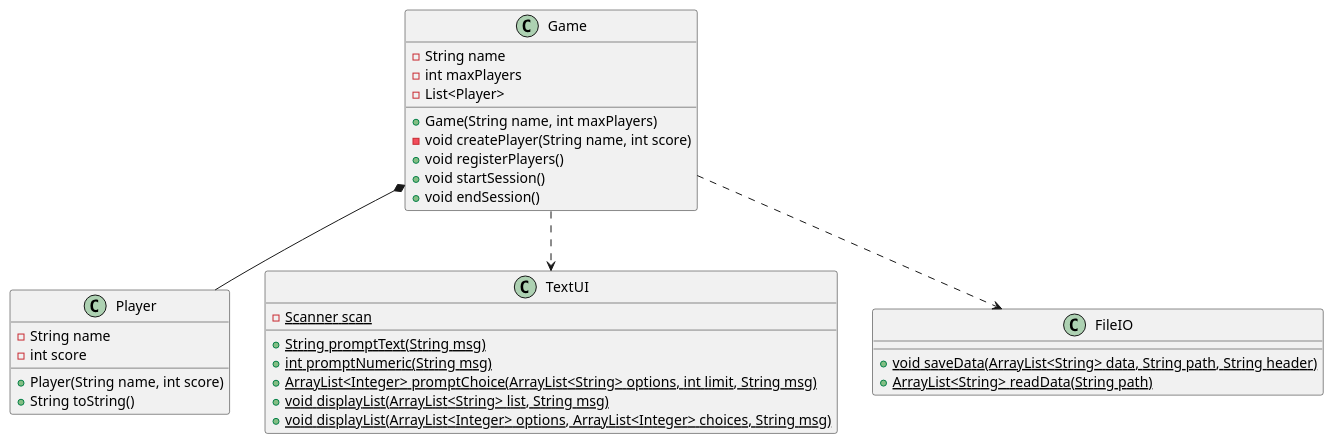
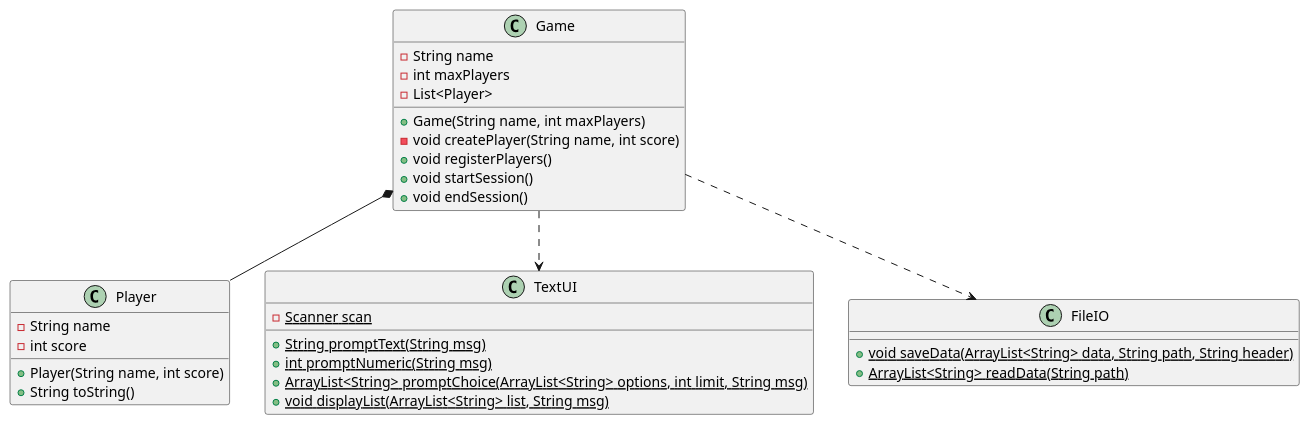
Before and after one commit to Dat1Cphbusiness/MonopolyE25Bornholm: the diagram in doc/classdiagram_v0.puml, drawn with PlantUML. The commit also changed 4 other files, not shown here.

```diff
--- a/doc/classdiagram_v0.puml
+++ b/doc/classdiagram_v0.puml
@@ -1,50 +1,50 @@
 @startuml
 'https://plantuml.com/class-diagram
 
 class Game
 class Player
 
 
 Game *-- Player
 Game ..> TextUI
 Game ..> FileIO
 
 
 
 class Game {
 - String name
 - int maxPlayers
 - List<Player>
 + Game(String name, int maxPlayers)
 - void createPlayer(String name, int score)
 + void registerPlayers()
 + void startSession()
 + void endSession()
 
 }
 class Player {
 - String name
 - int score
 + Player(String name, int score)
 + String toString()
 }
 
 class TextUI {
 - {static} Scanner scan
 ' shows a message and returns the user's input as a String
 + {static} String promptText(String msg)
 ' shows a message and returns the user's input as an integer
 + {static} int promptNumeric(String msg)
 ' shows the options, promts for choices until limit is reached, and returns the user's choices as a list
-+ {static} ArrayList<Integer> promptChoice(ArrayList<String> options, int limit, String msg)
++ {static} ArrayList<String> promptChoice(ArrayList<String> options, int limit, String msg)
 ' shows a message and lists the content of a list
 + {static} void displayList(ArrayList<String> list, String msg)
-+ {static} void displayList(ArrayList<Integer> options, ArrayList<Integer> choices, String msg)
+
 }
 
 class FileIO{
 + {static} void saveData(ArrayList<String> data, String path, String header)
 + {static} ArrayList<String> readData(String path)
 }
 
 @enduml
```
